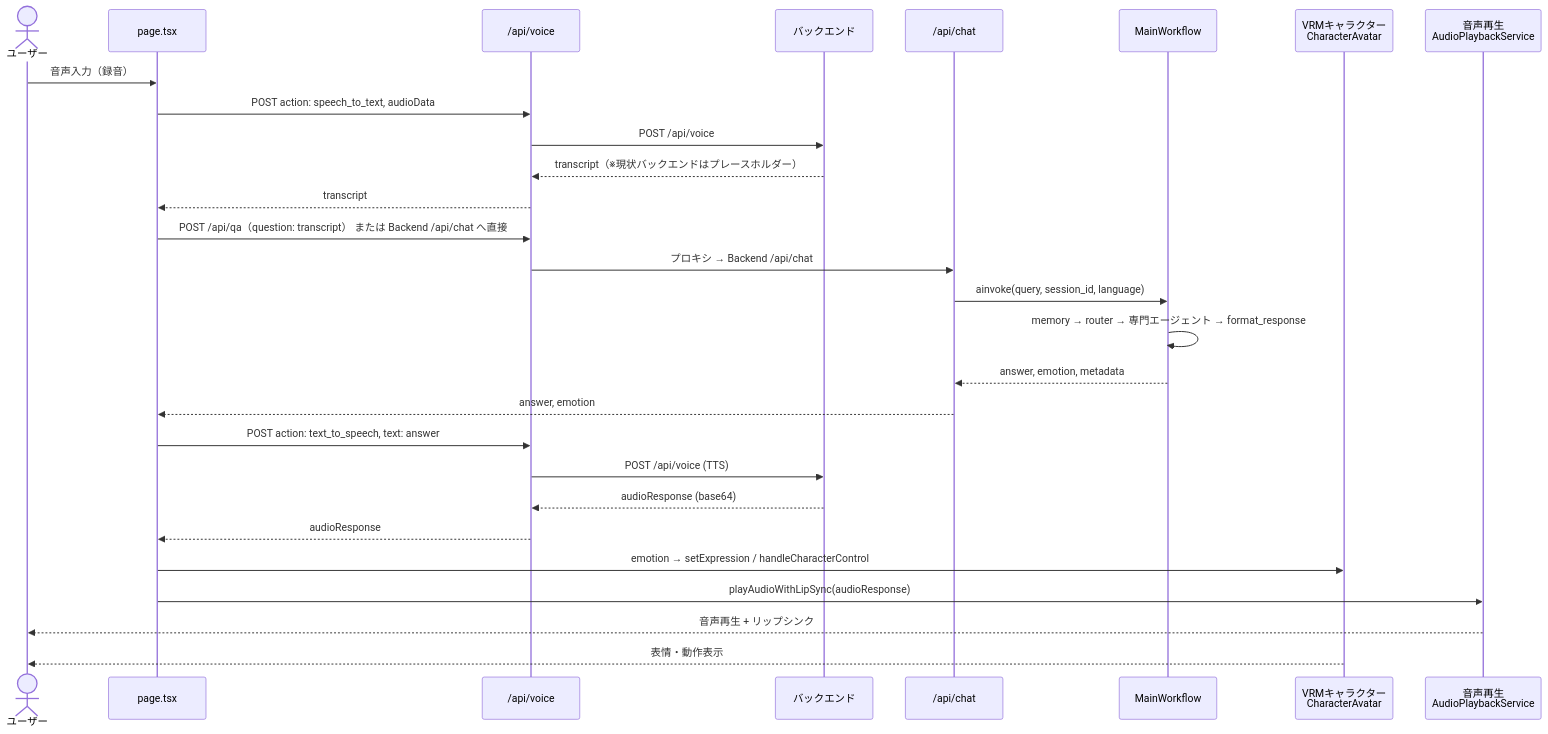
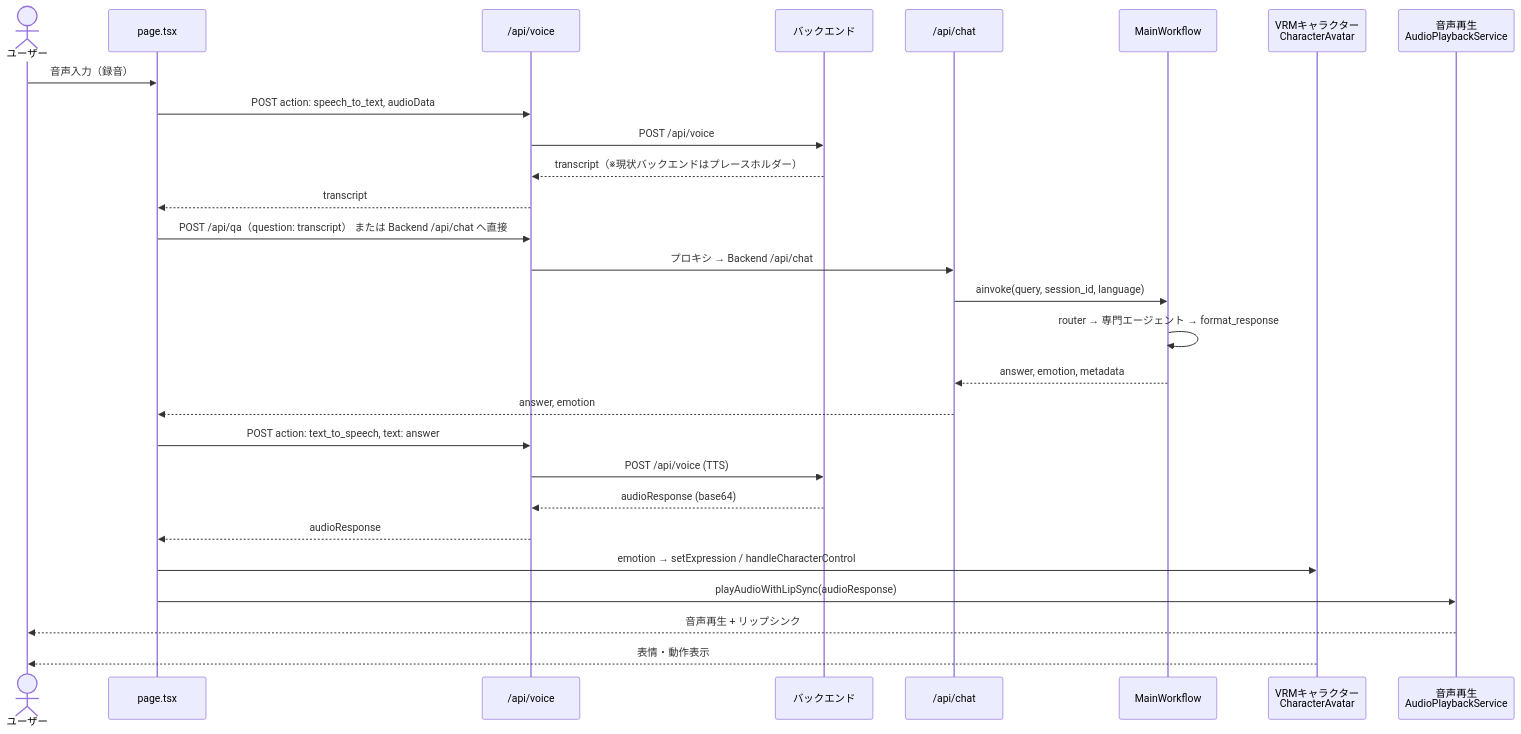
The second of 5 diagrams in docs/architecture/SEQUENCE-DIAGRAM.md (EngineerCafeJP/engineercafe-navigator), drawn with Mermaid before and after one commit. The commit also changed other lines of this file, not shown here.

First line of the commit message:
docs: 修正されたシーケンス図の表現を更新

````diff
--- a/docs/architecture/SEQUENCE-DIAGRAM.md
+++ b/docs/architecture/SEQUENCE-DIAGRAM.md
@@ -40,34 +40,34 @@
 ```mermaid
 sequenceDiagram
     actor User as ユーザー
     participant Page as page.tsx
     participant VoiceAPI as /api/voice
     participant Backend as バックエンド
     participant ChatAPI as /api/chat
     participant Workflow as MainWorkflow
     participant Char as VRMキャラクター<br/>CharacterAvatar
     participant Audio as 音声再生<br/>AudioPlaybackService
 
     User->>Page: 音声入力（録音）
     Page->>VoiceAPI: POST action: speech_to_text, audioData
     VoiceAPI->>Backend: POST /api/voice
     Backend-->>VoiceAPI: transcript（※現状バックエンドはプレースホルダー）
     VoiceAPI-->>Page: transcript
 
     Page->>VoiceAPI: POST /api/qa（question: transcript） または Backend /api/chat へ直接
     VoiceAPI->>ChatAPI: プロキシ → Backend /api/chat
     ChatAPI->>Workflow: ainvoke(query, session_id, language)
-    Workflow->>Workflow: memory → router → 専門エージェント → format_response
+    Workflow->>Workflow: router → 専門エージェント → format_response
     Workflow-->>ChatAPI: answer, emotion, metadata
     ChatAPI-->>Page: answer, emotion
 
     Page->>VoiceAPI: POST action: text_to_speech, text: answer
     VoiceAPI->>Backend: POST /api/voice (TTS)
     Backend-->>VoiceAPI: audioResponse (base64)
     VoiceAPI-->>Page: audioResponse
 
     Page->>Char: emotion → setExpression / handleCharacterControl
     Page->>Audio: playAudioWithLipSync(audioResponse)
     Audio-->>User: 音声再生 + リップシンク
     Char-->>User: 表情・動作表示
 ```
````
